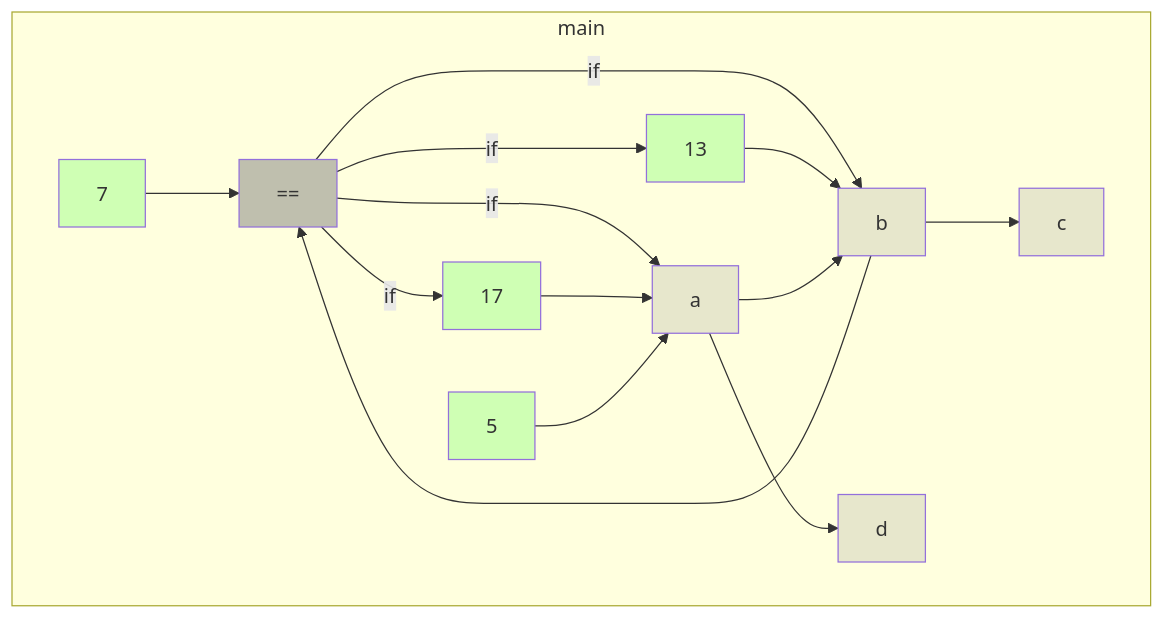
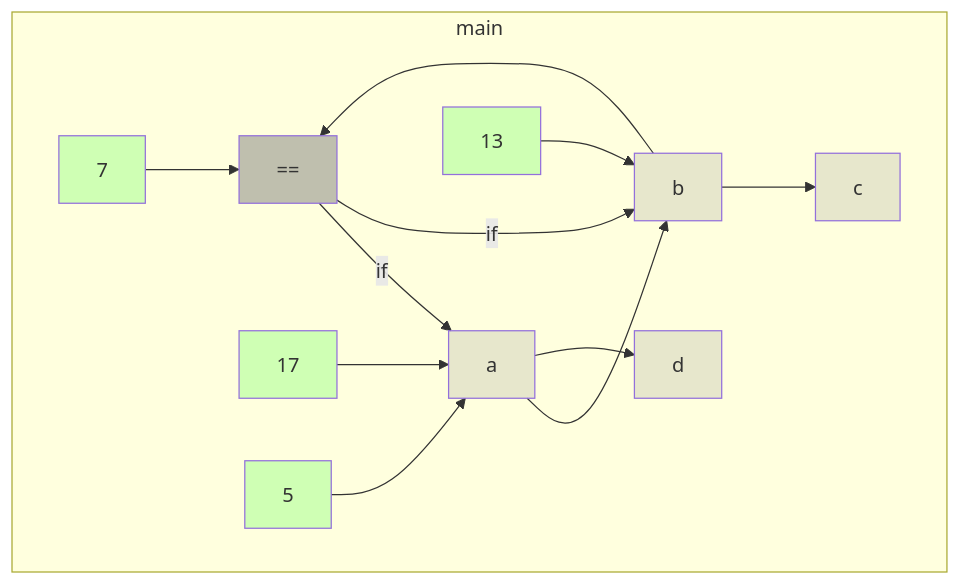
The diagram in app/src/test/resources/if1/spike-truth.md (gstiebler/codeflow), drawn with Mermaid before and after one commit. The commit also changed 21 other files, not shown here.

````diff
--- a/app/src/test/resources/if1/spike-truth.md
+++ b/app/src/test/resources/if1/spike-truth.md
@@ -3,33 +3,31 @@
 ```mermaid
 flowchart TD
   subgraph m0["main"]
     n0["=="]:::BIN_OP
     n1["13"]:::LITERAL
     n2["17"]:::LITERAL
     n3["5"]:::LITERAL
     n4["7"]:::LITERAL
     n5["a"]:::VARIABLE
     n6["b"]:::VARIABLE
     n7["c"]:::VARIABLE
     n8["d"]:::VARIABLE
   end
-  n0 -->|if| n1
-  n0 -->|if| n2
   n0 -->|if| n5
   n0 -->|if| n6
   n1 --> n6
   n2 --> n5
   n3 --> n5
   n4 --> n0
   n5 --> n6
   n5 --> n8
   n6 --> n0
   n6 --> n7
   classDef LITERAL fill:#00FF0030
   classDef VARIABLE fill:#80808030
   classDef BIN_OP fill:#80808080
   classDef FUNC_PARAM fill:#8080FF30
   classDef RETURN fill:#FF808080
   classDef EXTERNAL fill:#FFA50040
   classDef UNMODELLED fill:#FF000030,stroke-dasharray: 4 2
 ```
````
